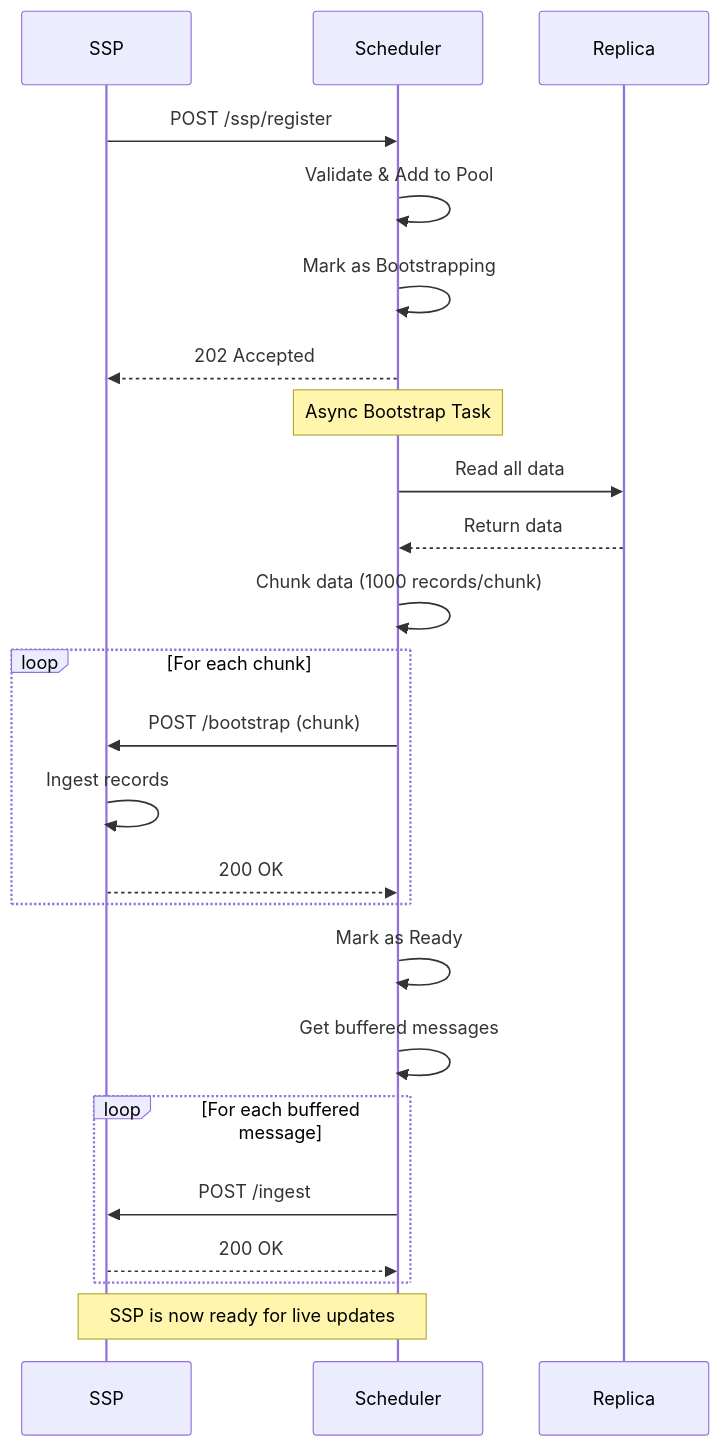
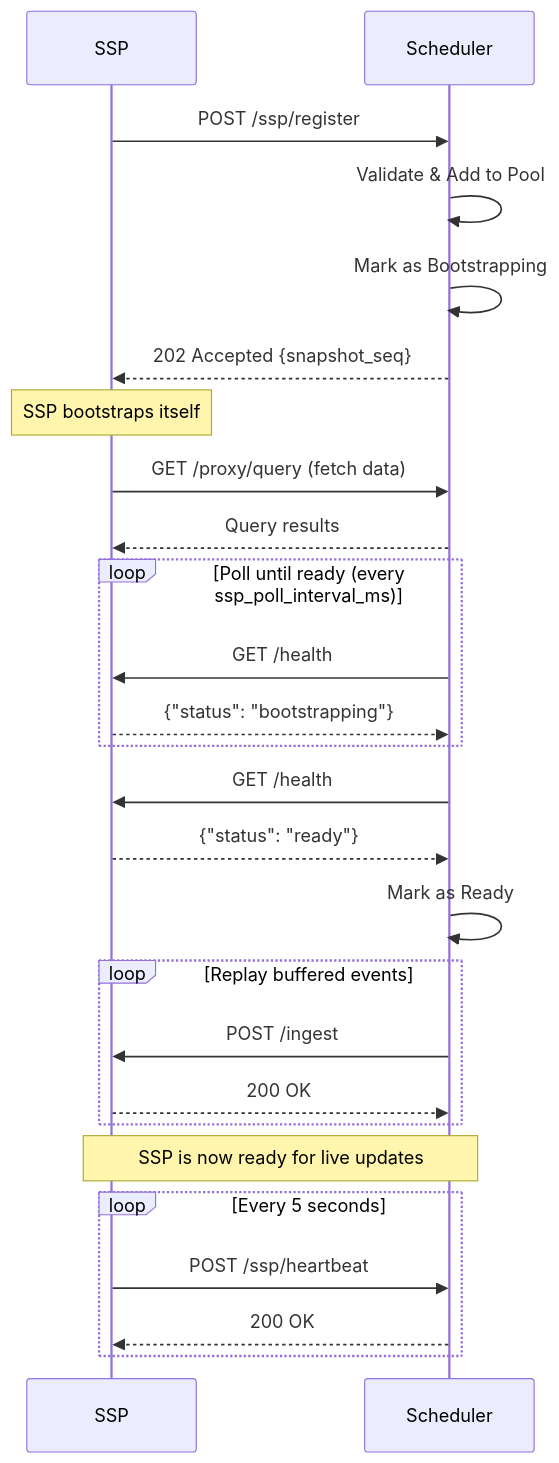
The diagram in apps/landing-page/src/pages/docs/scheduler-api.mdx (mono424/spooky), drawn with Mermaid before and after one commit. The commit also changed other lines of this file and 3 other files, not shown here.

````diff
--- a/apps/landing-page/src/pages/docs/scheduler-api.mdx
+++ b/apps/landing-page/src/pages/docs/scheduler-api.mdx
@@ -305,33 +411,35 @@
 ```mermaid
 sequenceDiagram
     participant SSP
     participant Scheduler
-    participant Replica
 
     SSP->>Scheduler: POST /ssp/register
     Scheduler->>Scheduler: Validate & Add to Pool
     Scheduler->>Scheduler: Mark as Bootstrapping
-    Scheduler-->>SSP: 202 Accepted
+    Scheduler-->>SSP: 202 Accepted {snapshot_seq}
 
-    Note over Scheduler: Async Bootstrap Task
+    Note over SSP: SSP bootstraps itself
+    SSP->>Scheduler: GET /proxy/query (fetch data)
+    Scheduler-->>SSP: Query results
 
-    Scheduler->>Replica: Read all data
-    Replica-->>Scheduler: Return data
-    Scheduler->>Scheduler: Chunk data (1000 records/chunk)
-
-    loop For each chunk
-        Scheduler->>SSP: POST /bootstrap (chunk)
-        SSP->>SSP: Ingest records
-        SSP-->>Scheduler: 200 OK
+    loop Poll until ready (every ssp_poll_interval_ms)
+        Scheduler->>SSP: GET /health
+        SSP-->>Scheduler: {"status": "bootstrapping"}
     end
 
+    Scheduler->>SSP: GET /health
+    SSP-->>Scheduler: {"status": "ready"}
     Scheduler->>Scheduler: Mark as Ready
-    Scheduler->>Scheduler: Get buffered messages
 
-    loop For each buffered message
+    loop Replay buffered events
         Scheduler->>SSP: POST /ingest
         SSP-->>Scheduler: 200 OK
     end
 
     Note over Scheduler,SSP: SSP is now ready for live updates
+
+    loop Every 5 seconds
+        SSP->>Scheduler: POST /ssp/heartbeat
+        Scheduler-->>SSP: 200 OK
+    end
 ```
````
